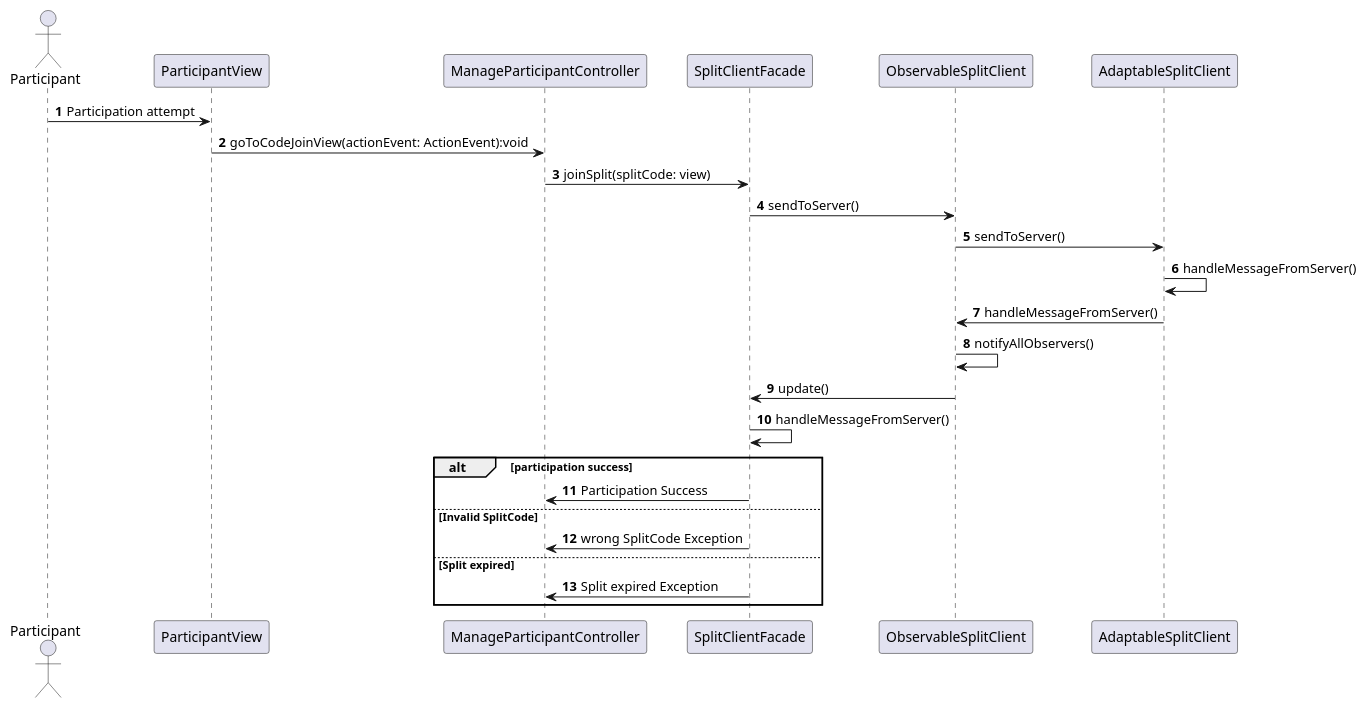
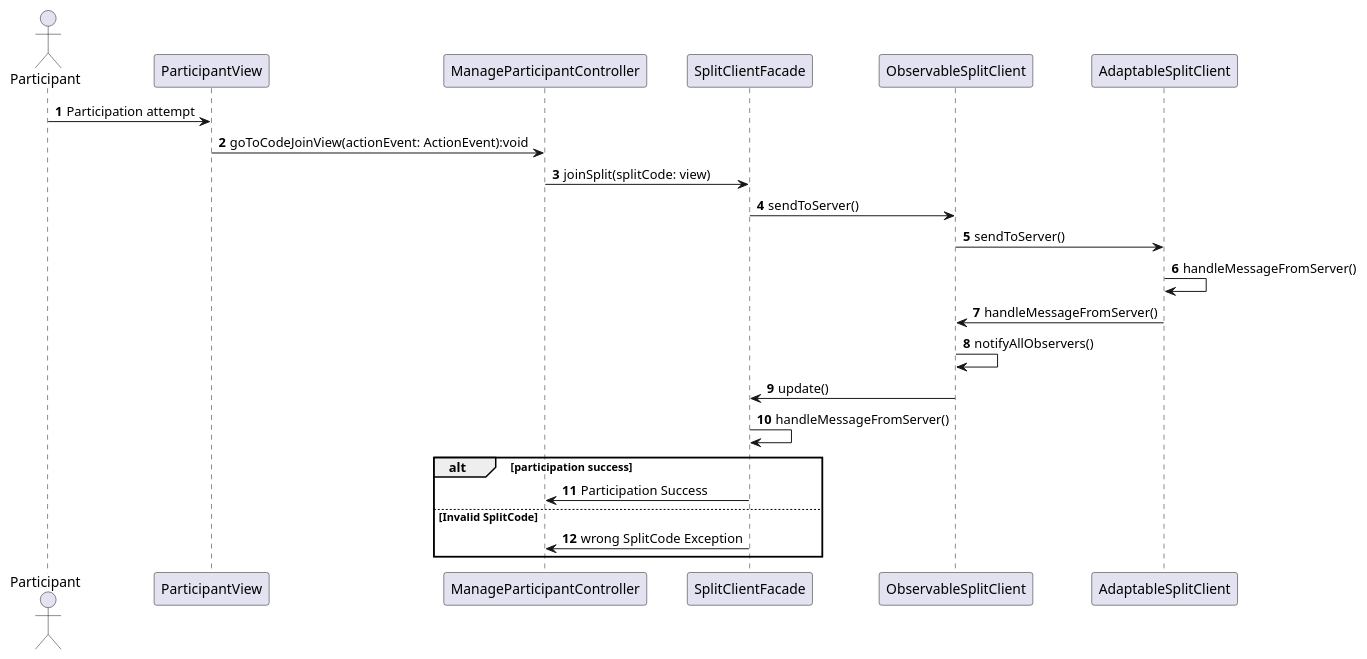
The diagram in documentation/software_design/manage_participant/participant_join_split_diagSequence.puml (Julien-Wiegandt/SplitPay), drawn with PlantUML before and after one commit.

Commit message:
correct documentation

```diff
--- a/documentation/software_design/manage_participant/participant_join_split_diagSequence.puml
+++ b/documentation/software_design/manage_participant/participant_join_split_diagSequence.puml
@@ -1,33 +1,31 @@
 @startuml
 
 autonumber
 
 
 actor Participant
 Participant ParticipantView
 Participant ManageParticipantController
 Participant SplitClientFacade
 Participant ObservableSplitClient
 Participant AdaptableSplitClient
 
 
 Participant -> ParticipantView : Participation attempt
 ParticipantView -> ManageParticipantController: goToCodeJoinView(actionEvent: ActionEvent):void
 ManageParticipantController -> SplitClientFacade: joinSplit(splitCode: view)
 SplitClientFacade -> ObservableSplitClient: sendToServer()
 ObservableSplitClient -> AdaptableSplitClient: sendToServer()
 AdaptableSplitClient -> AdaptableSplitClient: handleMessageFromServer()
 AdaptableSplitClient -> ObservableSplitClient: handleMessageFromServer()
 ObservableSplitClient -> ObservableSplitClient: notifyAllObservers()
 ObservableSplitClient -> SplitClientFacade: update()
 SplitClientFacade -> SplitClientFacade: handleMessageFromServer()
 alt participation success
 SplitClientFacade -> ManageParticipantController: Participation Success
 
 else Invalid SplitCode
 SplitClientFacade -> ManageParticipantController: wrong SplitCode Exception
-else Split expired
-SplitClientFacade -> ManageParticipantController: Split expired Exception
 
 end
 @enduml
```
